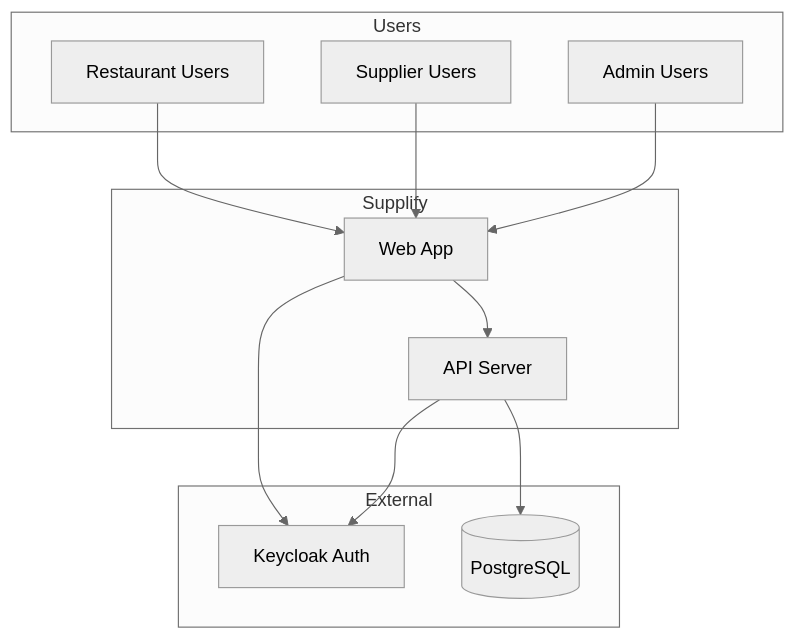
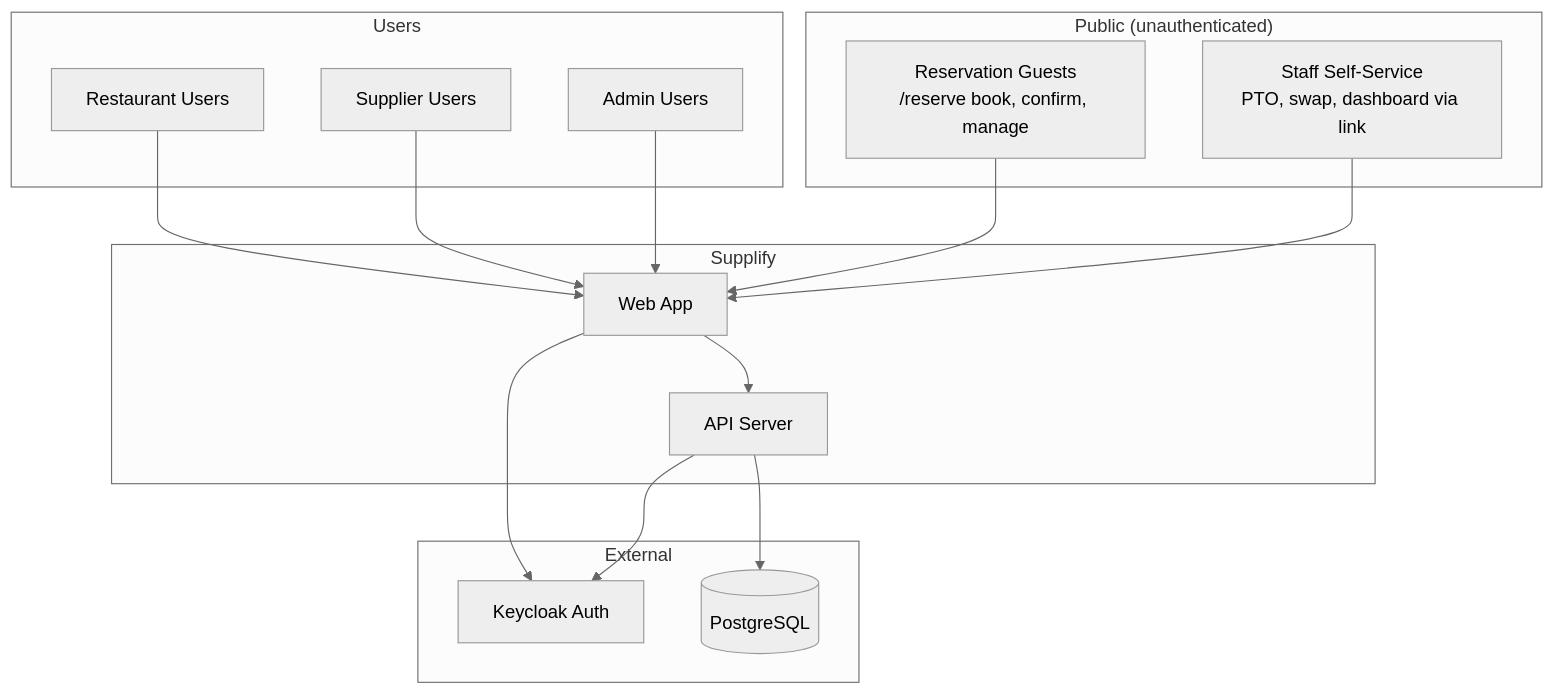
The diagram in docs/blueprint/system_context.mmd (ghadimdallaldev/supplify_erp), drawn with Mermaid (neutral theme) before and after one commit. The commit also changed 18 other files, not shown here.

```diff
--- a/docs/blueprint/system_context.mmd
+++ b/docs/blueprint/system_context.mmd
@@ -1,24 +1,31 @@
 flowchart TB
   subgraph Users
     Restaurant[Restaurant Users]
     Supplier[Supplier Users]
     Admin[Admin Users]
   end
 
-  subgraph Supplify["Supplify"]
+  subgraph Public[" Public (unauthenticated) "]
+    Guest[Reservation Guests\n/reserve book, confirm, manage]
+    StaffPortal[Staff Self-Service\nPTO, swap, dashboard via link]
+  end
+
+  subgraph Supplify[" Supplify "]
     Web[Web App]
     API[API Server]
   end
 
   subgraph External
     Keycloak[Keycloak Auth]
     DB[(PostgreSQL)]
   end
 
   Restaurant --> Web
   Supplier --> Web
   Admin --> Web
+  Guest --> Web
+  StaffPortal --> Web
   Web --> API
   Web --> Keycloak
   API --> Keycloak
   API --> DB
```
